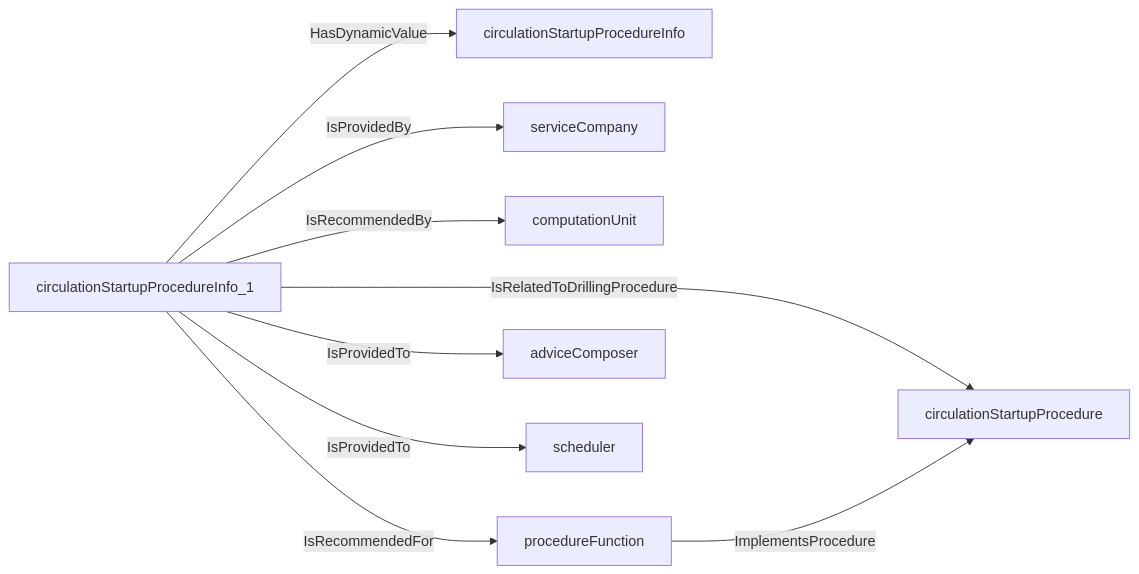
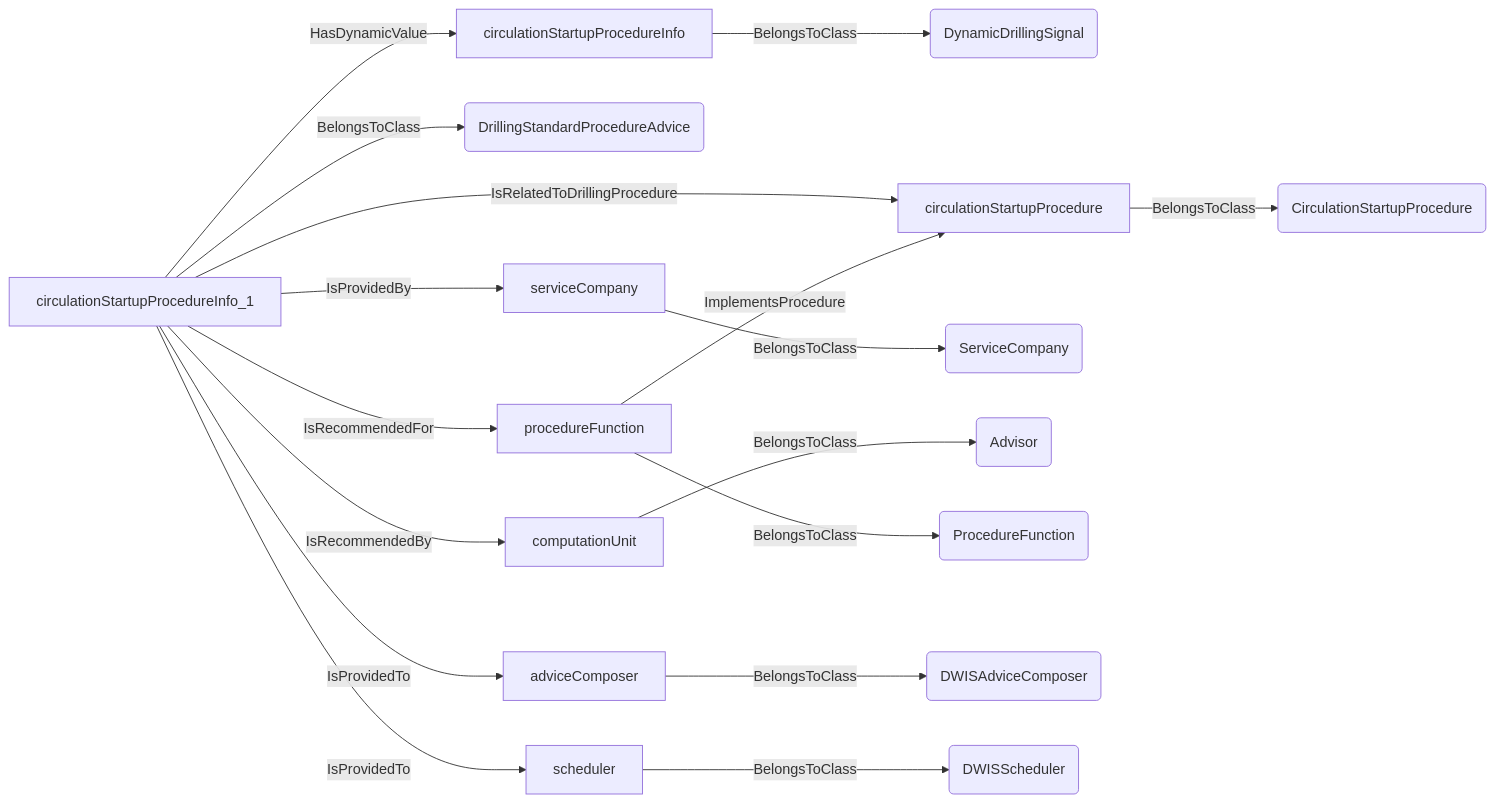
The second of 19 diagrams in docs/vocabulary_development/auto-generated/md/definition-files/DrillingProcedure.md (D-WIS/DDHub-Semantic-Interoperability), drawn with Mermaid before and after one commit. The commit also changed other lines of this file and 14 other files, not shown here.

````diff
--- a/docs/vocabulary_development/auto-generated/md/definition-files/DrillingProcedure.md
+++ b/docs/vocabulary_development/auto-generated/md/definition-files/DrillingProcedure.md
@@ -59,11 +59,19 @@
 ```mermaid
 graph LR
-	N0000[circulationStartupProcedureInfo_1] -->|HasDynamicValue| N0001[circulationStartupProcedureInfo] 
-	N0000[circulationStartupProcedureInfo_1] -->|IsRelatedToDrillingProcedure| N0002[circulationStartupProcedure] 
-	N0000[circulationStartupProcedureInfo_1] -->|IsProvidedBy| N0003[serviceCompany] 
-	N0000[circulationStartupProcedureInfo_1] -->|IsRecommendedBy| N0004[computationUnit] 
-	N0005[procedureFunction] -->|ImplementsProcedure| N0002[circulationStartupProcedure] 
-	N0000[circulationStartupProcedureInfo_1] -->|IsRecommendedFor| N0005[procedureFunction] 
-	N0000[circulationStartupProcedureInfo_1] -->|IsProvidedTo| N0006[adviceComposer] 
-	N0000[circulationStartupProcedureInfo_1] -->|IsProvidedTo| N0007[scheduler] 
+	N0000[circulationStartupProcedureInfo] -->|BelongsToClass| N0001(DynamicDrillingSignal) 
+	N0002[circulationStartupProcedureInfo_1] -->|BelongsToClass| N0003(DrillingStandardProcedureAdvice) 
+	N0002[circulationStartupProcedureInfo_1] -->|HasDynamicValue| N0000[circulationStartupProcedureInfo] 
+	N0004[circulationStartupProcedure] -->|BelongsToClass| N0005(CirculationStartupProcedure) 
+	N0002[circulationStartupProcedureInfo_1] -->|IsRelatedToDrillingProcedure| N0004[circulationStartupProcedure] 
+	N0006[serviceCompany] -->|BelongsToClass| N0007(ServiceCompany) 
+	N0002[circulationStartupProcedureInfo_1] -->|IsProvidedBy| N0006[serviceCompany] 
+	N0008[computationUnit] -->|BelongsToClass| N0009(Advisor) 
+	N0002[circulationStartupProcedureInfo_1] -->|IsRecommendedBy| N0008[computationUnit] 
+	N0010[procedureFunction] -->|BelongsToClass| N0011(ProcedureFunction) 
+	N0010[procedureFunction] -->|ImplementsProcedure| N0004[circulationStartupProcedure] 
+	N0002[circulationStartupProcedureInfo_1] -->|IsRecommendedFor| N0010[procedureFunction] 
+	N0012[adviceComposer] -->|BelongsToClass| N0013(DWISAdviceComposer) 
+	N0002[circulationStartupProcedureInfo_1] -->|IsProvidedTo| N0012[adviceComposer] 
+	N0014[scheduler] -->|BelongsToClass| N0015(DWISScheduler) 
+	N0002[circulationStartupProcedureInfo_1] -->|IsProvidedTo| N0014[scheduler] 
 ```
````
